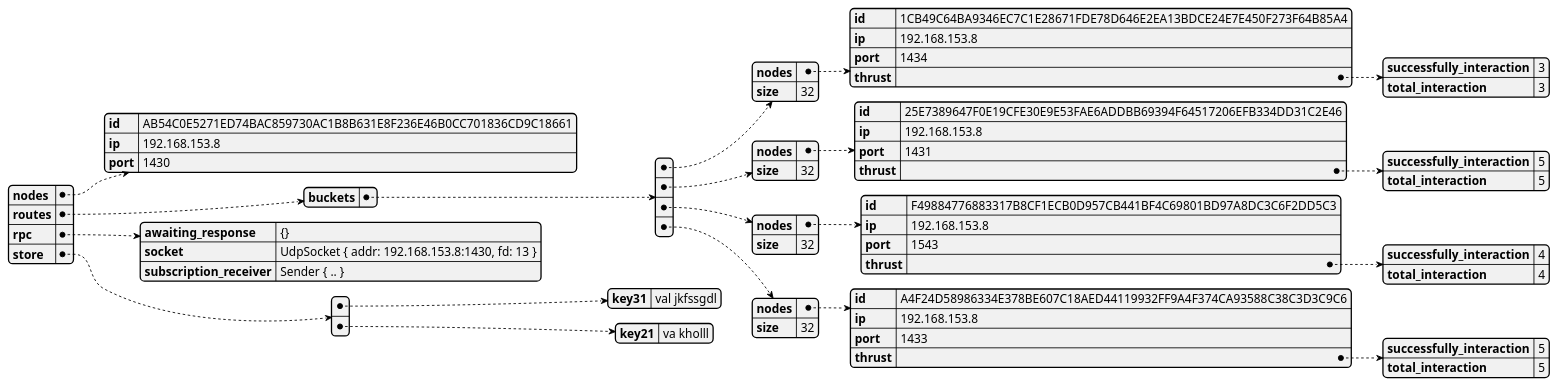
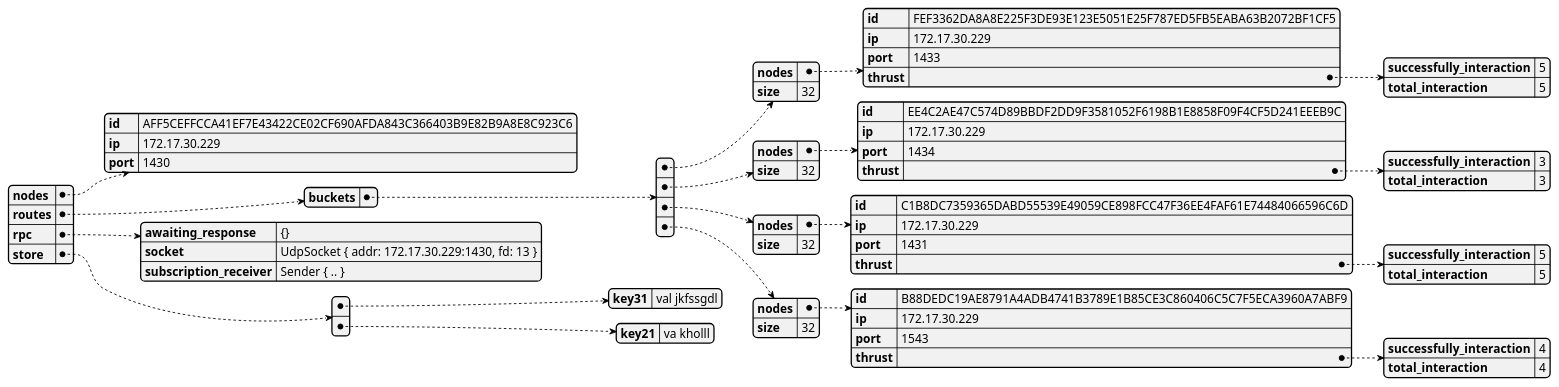
Before and after one commit to GoliathHagar/distributed_legder_kademlia: the diagram in src/distributed_legder/state_dumps/test-contact-1.json.plantuml, drawn with PlantUML. The commit also changed 17 other files, not shown here.

```diff
--- a/src/distributed_legder/state_dumps/test-contact-1.json.plantuml
+++ b/src/distributed_legder/state_dumps/test-contact-1.json.plantuml
@@ -1,3 +1,3 @@
 @startjson
-{"nodes":{"id":"AB54C0E5271ED74BAC859730AC1B8B631E8F236E46B0CC701836CD9C18661","ip":"192.168.153.8","port":1430},"routes":{"buckets":[{"nodes":{"id":"1CB49C64BA9346EC7C1E28671FDE78D646E2EA13BDCE24E7E450F273F64B85A4","ip":"192.168.153.8","port":1434,"thrust":{"successfully_interaction":3,"total_interaction":3}},"size":32},{"nodes":{"id":"25E7389647F0E19CFE30E9E53FAE6ADDBB69394F64517206EFB334DD31C2E46","ip":"192.168.153.8","port":1431,"thrust":{"successfully_interaction":5,"total_interaction":5}},"size":32},{"nodes":{"id":"F49884776883317B8CF1ECB0D957CB441BF4C69801BD97A8DC3C6F2DD5C3","ip":"192.168.153.8","port":1543,"thrust":{"successfully_interaction":4,"total_interaction":4}},"size":32},{"nodes":{"id":"A4F24D58986334E378BE607C18AED44119932FF9A4F374CA93588C38C3D3C9C6","ip":"192.168.153.8","port":1433,"thrust":{"successfully_interaction":5,"total_interaction":5}},"size":32}]},"rpc":{"awaiting_response":"{}","socket":"UdpSocket { addr: 192.168.153.8:1430, fd: 13 }","subscription_receiver":"Sender { .. }"},"store":[{"key31":"val jkfssgdl"},{"key21":"va kholll"}]}
+{"nodes":{"id":"AFF5CEFFCCA41EF7E43422CE02CF690AFDA843C366403B9E82B9A8E8C923C6","ip":"172.17.30.229","port":1430},"routes":{"buckets":[{"nodes":{"id":"FEF3362DA8A8E225F3DE93E123E5051E25F787ED5FB5EABA63B2072BF1CF5","ip":"172.17.30.229","port":1433,"thrust":{"successfully_interaction":5,"total_interaction":5}},"size":32},{"nodes":{"id":"EE4C2AE47C574D89BBDF2DD9F3581052F6198B1E8858F09F4CF5D241EEEB9C","ip":"172.17.30.229","port":1434,"thrust":{"successfully_interaction":3,"total_interaction":3}},"size":32},{"nodes":{"id":"C1B8DC7359365DABD55539E49059CE898FCC47F36EE4FAF61E74484066596C6D","ip":"172.17.30.229","port":1431,"thrust":{"successfully_interaction":5,"total_interaction":5}},"size":32},{"nodes":{"id":"B88DEDC19AE8791A4ADB4741B3789E1B85CE3C860406C5C7F5ECA3960A7ABF9","ip":"172.17.30.229","port":1543,"thrust":{"successfully_interaction":4,"total_interaction":4}},"size":32}]},"rpc":{"awaiting_response":"{}","socket":"UdpSocket { addr: 172.17.30.229:1430, fd: 13 }","subscription_receiver":"Sender { .. }"},"store":[{"key31":"val jkfssgdl"},{"key21":"va kholll"}]}
 @endjson
```
